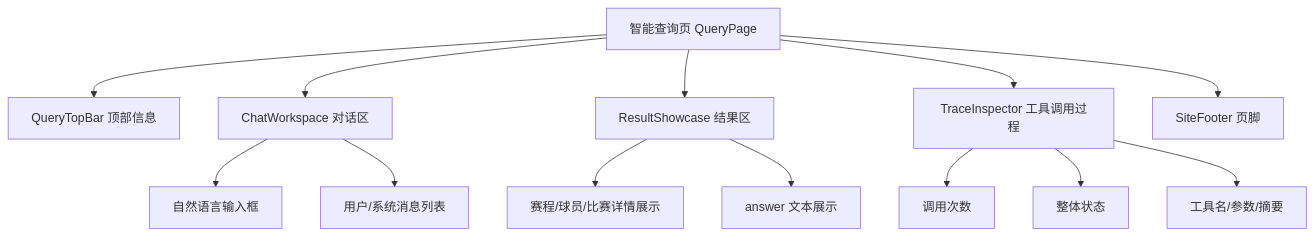
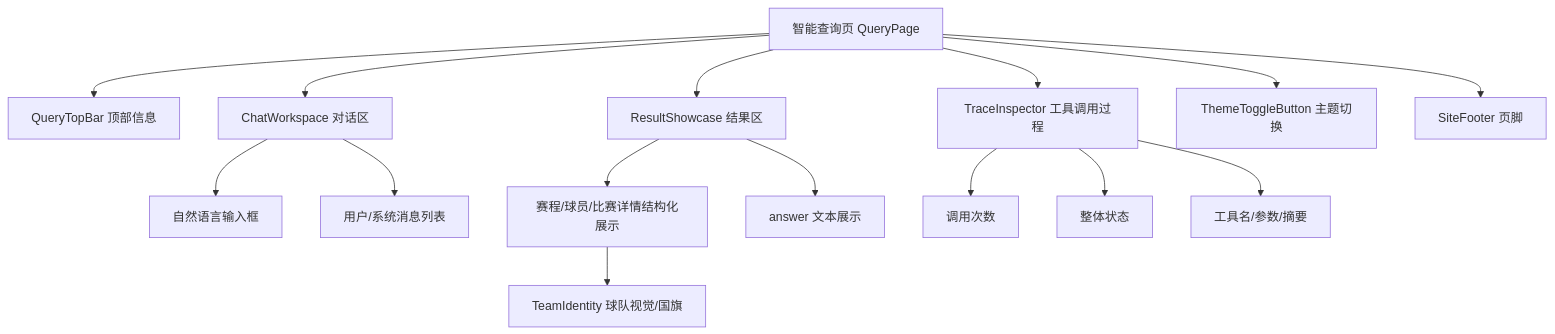
Before and after one commit to OllyPai/WorldCupAgent: diagram 11 of 11 in docs/system-design.md, drawn with Mermaid. The commit also changed other lines of this file and 1 other file, not shown here.

````diff
--- a/docs/system-design.md
+++ b/docs/system-design.md
@@ -721,17 +820,19 @@
 ```mermaid
 flowchart TB
     Page[智能查询页 QueryPage]
     Page --> Top[QueryTopBar 顶部信息]
     Page --> Chat[ChatWorkspace 对话区]
     Page --> Result[ResultShowcase 结果区]
     Page --> Trace[TraceInspector 工具调用过程]
+    Page --> Theme[ThemeToggleButton 主题切换]
     Page --> Footer[SiteFooter 页脚]
 
     Chat --> Input[自然语言输入框]
     Chat --> Messages[用户/系统消息列表]
-    Result --> Cards[赛程/球员/比赛详情展示]
+    Result --> Cards[赛程/球员/比赛详情结构化展示]
     Result --> Fallback[answer 文本展示]
+    Cards --> Team[TeamIdentity 球队视觉/国旗]
     Trace --> Count[调用次数]
     Trace --> Status[整体状态]
     Trace --> Detail[工具名/参数/摘要]
 ```
````
